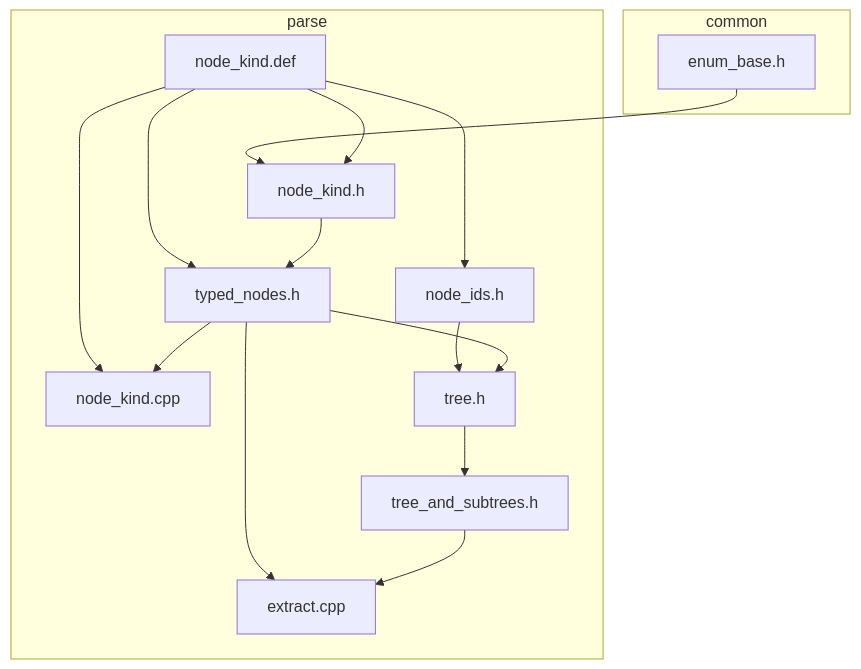
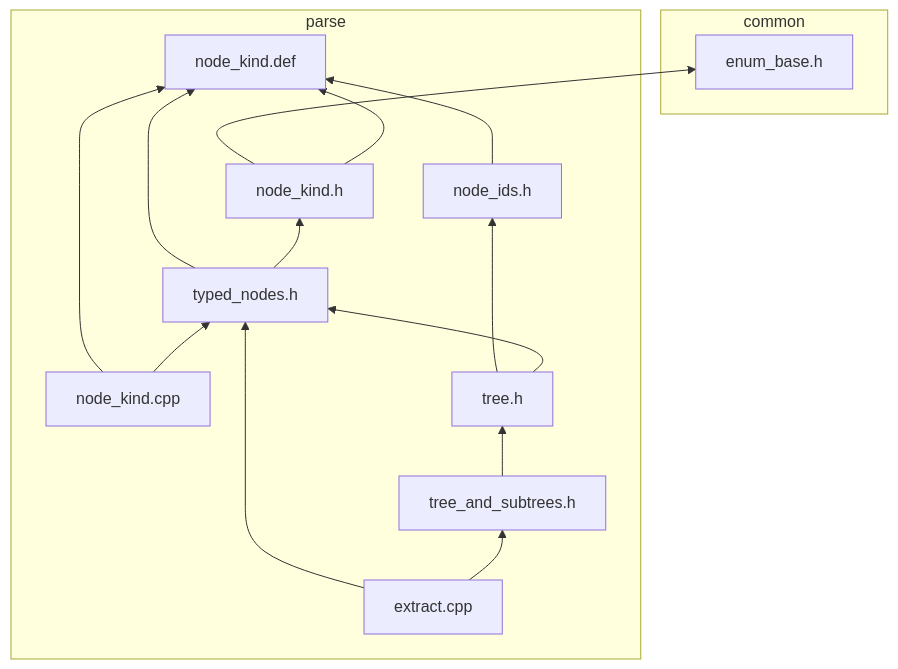
Before and after one commit to carbon-language/carbon-lang: the first of 2 diagrams in toolchain/docs/adding_features.md, drawn with Mermaid. The commit also changed other lines of this file, not shown here.

````diff
--- a/toolchain/docs/adding_features.md
+++ b/toolchain/docs/adding_features.md
@@ -68,30 +68,30 @@
 ```mermaid
-graph TD
+graph BT
     subgraph common
         EnumBase["enum_base.h"]
     end
 
     subgraph parse
         NodeKindDef["node_kind.def"]
         NodeKind["node_kind.h"]
         NodeIds["node_ids.h"]
         TypedNodes["typed_nodes.h"]
         NodeKindCpp["node_kind.cpp"]
         Tree["tree.h"]
         TreeAndSubtrees["tree_and_subtrees.h"]
         Extract["extract.cpp"]
     end
 
-    EnumBase --> NodeKind
-    NodeKindDef --> NodeKind
-    NodeKindDef --> NodeIds
-    NodeKindDef --> TypedNodes
-    NodeKindDef --> NodeKindCpp
-    NodeKind --> TypedNodes
-    NodeIds --> Tree
-    TypedNodes --> NodeKindCpp
-    TypedNodes --> Tree
-    TypedNodes --> Extract
-    Tree --> TreeAndSubtrees
-    TreeAndSubtrees --> Extract
+    NodeKind --> EnumBase
+    NodeKind --> NodeKindDef
+    NodeIds --> NodeKindDef
+    TypedNodes --> NodeKindDef
+    NodeKindCpp --> NodeKindDef
+    TypedNodes --> NodeKind
+    Tree --> NodeIds
+    NodeKindCpp --> TypedNodes
+    Tree --> TypedNodes
+    Extract --> TypedNodes
+    TreeAndSubtrees --> Tree
+    Extract --> TreeAndSubtrees
 ```
````
